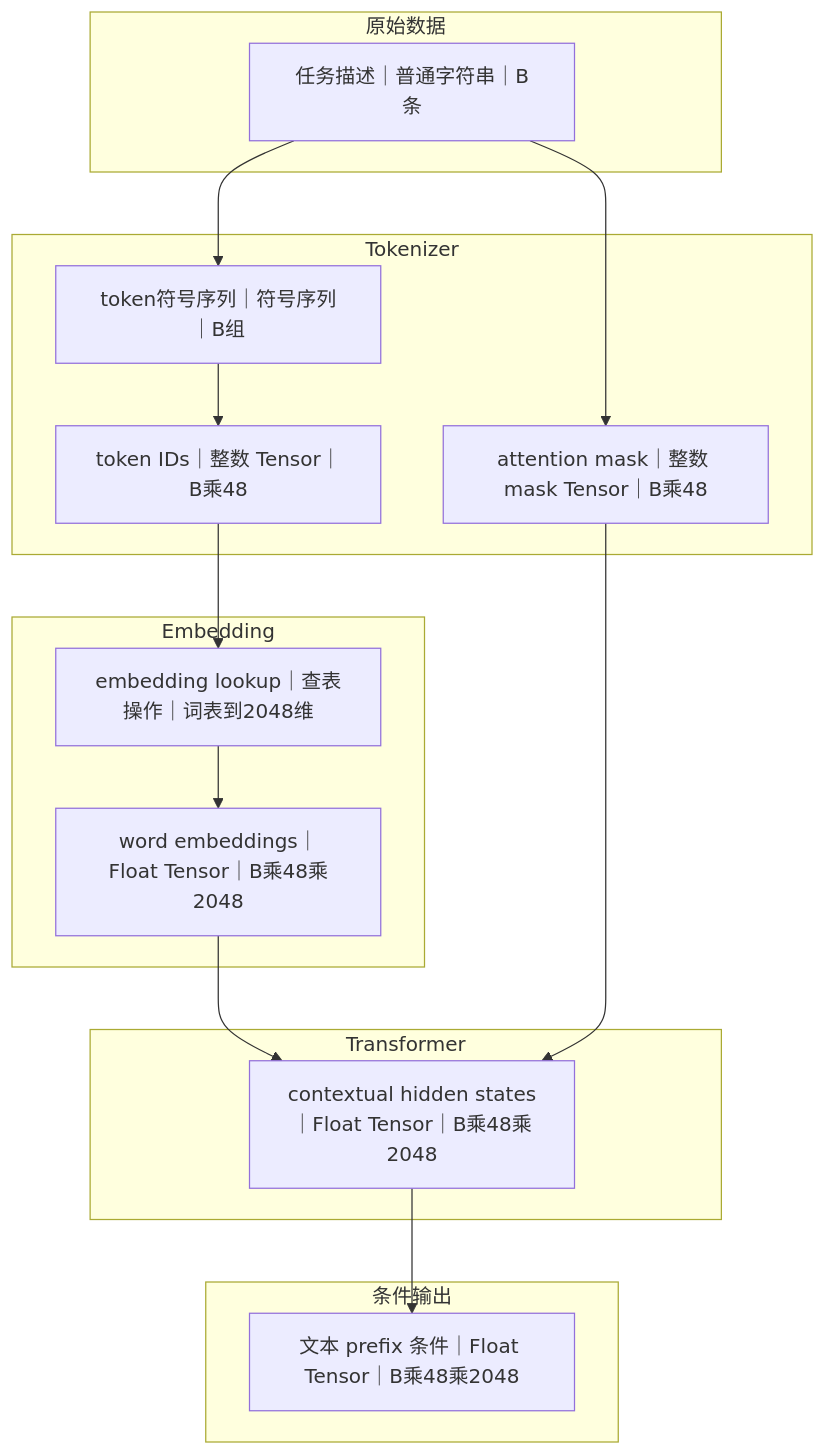
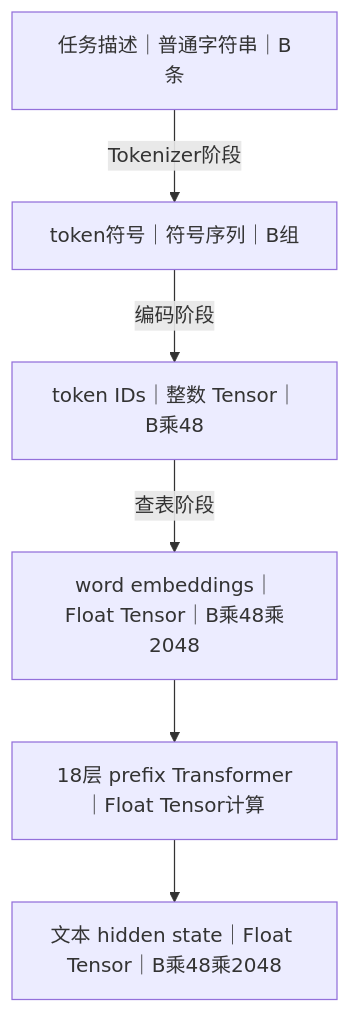
One commit to skkkkk0609/vla-advanced-algorithms changed the ninth of 58 diagrams in pi0/pi0-end-to-end-flowcharts.md. Above: the diagram before and after it, drawn with Mermaid. The commit also changed other lines of this file and 3 other files, not shown here.

````diff
--- a/pi0/pi0-end-to-end-flowcharts.md
+++ b/pi0/pi0-end-to-end-flowcharts.md
@@ -128,24 +166,9 @@
 ```mermaid
 flowchart TD
-    subgraph T1[原始数据]
-        TEXT[任务描述｜普通字符串｜B条]
-    end
-    subgraph T2[Tokenizer]
-        TOKENS[token符号序列｜符号序列｜B组]
-        TIDS[token IDs｜整数 Tensor｜B乘48]
-        MASK[attention mask｜整数 mask Tensor｜B乘48]
-    end
-    subgraph T3[Embedding]
-        LOOKUP[embedding lookup｜查表操作｜词表到2048维]
-        WORDS[word embeddings｜Float Tensor｜B乘48乘2048]
-    end
-    subgraph T4[Transformer]
-        CONTEXT[contextual hidden states｜Float Tensor｜B乘48乘2048]
-    end
-    subgraph T5[条件输出]
-        TCOND[文本 prefix 条件｜Float Tensor｜B乘48乘2048]
-    end
-
-    TEXT --> TOKENS --> TIDS --> LOOKUP --> WORDS --> CONTEXT --> TCOND
-    TEXT --> MASK --> CONTEXT
+    S[任务描述｜普通字符串｜B条]
+    S -- Tokenizer阶段 --> T[token符号｜符号序列｜B组]
+    T -- 编码阶段 --> I[token IDs｜整数 Tensor｜B乘48]
+    I -- 查表阶段 --> E[word embeddings｜Float Tensor｜B乘48乘2048]
+    E --> J[18层 prefix Transformer｜Float Tensor计算]
+    J --> H[文本 hidden state｜Float Tensor｜B乘48乘2048]
 ```
````
